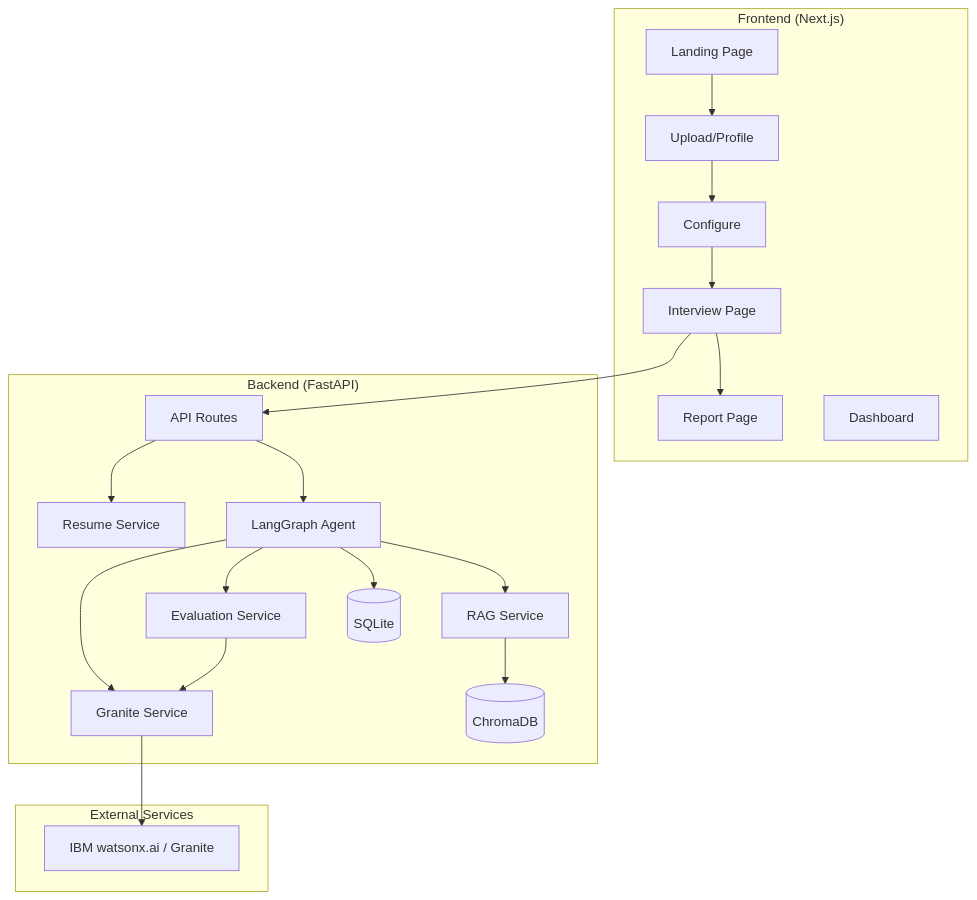
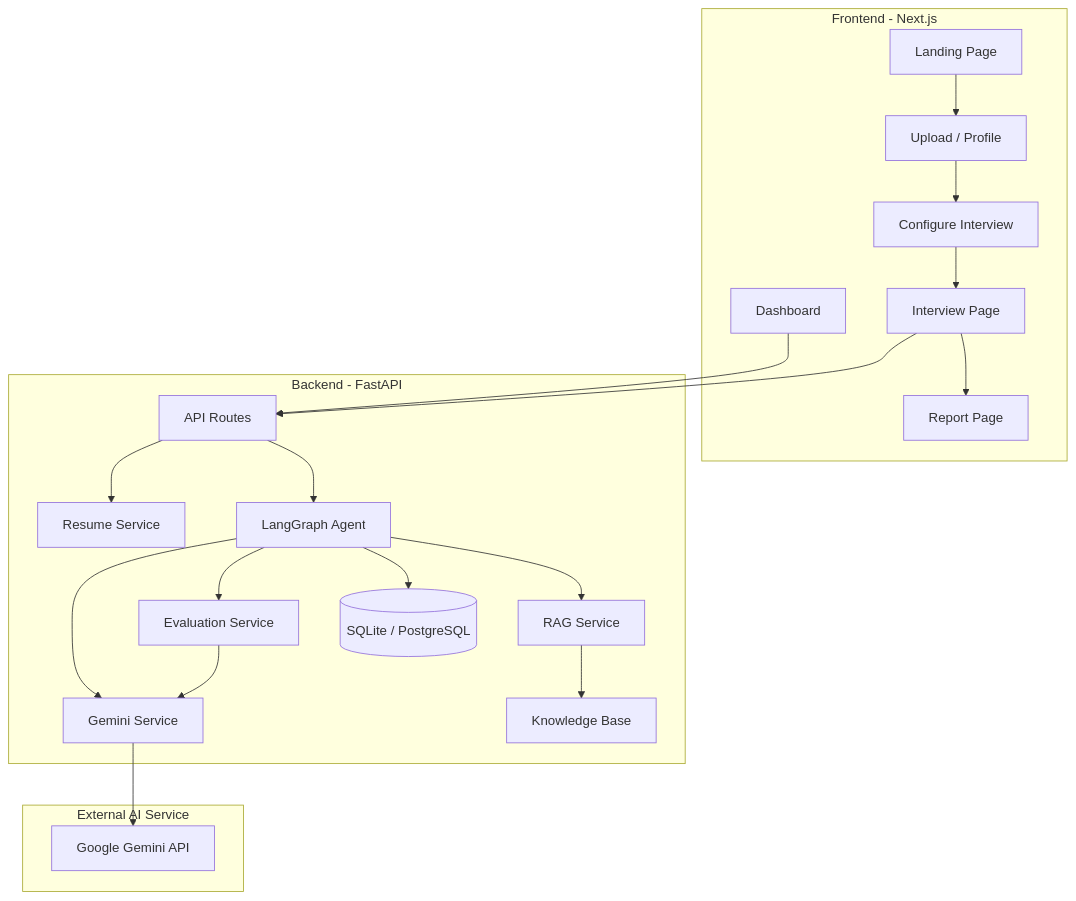
Before and after one commit to meetcodesX/InterviewAI: the first of 2 diagrams in README.md, drawn with Mermaid. The commit also changed other lines of this file, not shown here.

First line of the commit message:
Change AI provider from IBM Granite to Google Gemini

````diff
--- a/README.md
+++ b/README.md
@@ -26,38 +51,45 @@
 ```mermaid
 graph TD
-    subgraph Frontend["Frontend (Next.js)"]
+    subgraph Frontend["Frontend - Next.js"]
         LP[Landing Page]
-        UP[Upload/Profile]
-        CP[Configure]
+        UP[Upload / Profile]
+        CP[Configure Interview]
         IP[Interview Page]
         RP[Report Page]
         DB[Dashboard]
     end
 
-    subgraph Backend["Backend (FastAPI)"]
+    subgraph Backend["Backend - FastAPI"]
         API[API Routes]
         RS[Resume Service]
-        GS[Granite Service]
+        GS[Gemini Service]
         RAG[RAG Service]
         ES[Evaluation Service]
         AG[LangGraph Agent]
-        DB2[(SQLite)]
-        VDB[(ChromaDB)]
+        DB2[(SQLite / PostgreSQL)]
+        KB[Knowledge Base]
     end
 
-    subgraph External["External Services"]
-        IBM[IBM watsonx.ai / Granite]
+    subgraph External["External AI Service"]
+        GEM[Google Gemini API]
     end
 
-    LP --> UP --> CP --> IP --> RP
+    LP --> UP
+    UP --> CP
+    CP --> IP
+    IP --> RP
+    DB --> API
+
     IP --> API
     API --> RS
     API --> AG
+
     AG --> GS
     AG --> RAG
     AG --> ES
-    GS --> IBM
-    RAG --> VDB
+
+    GS --> GEM
+    RAG --> KB
     ES --> GS
     AG --> DB2
 ```
````
